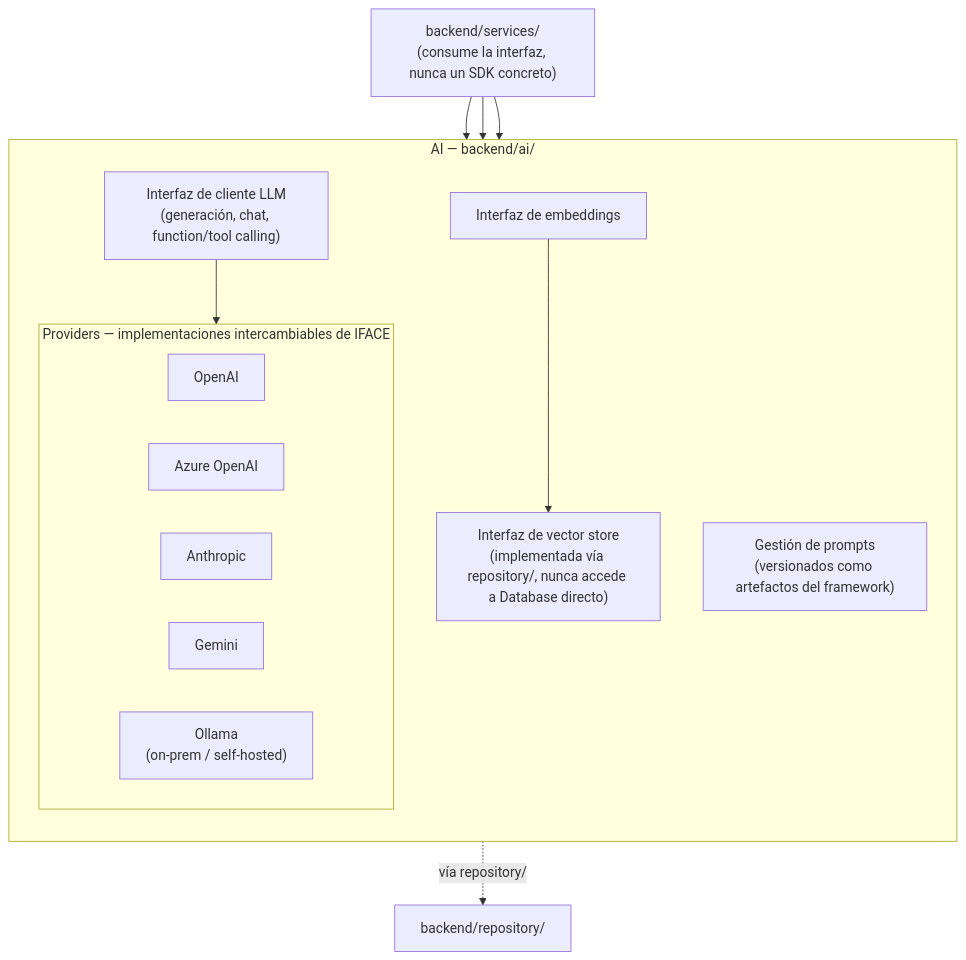
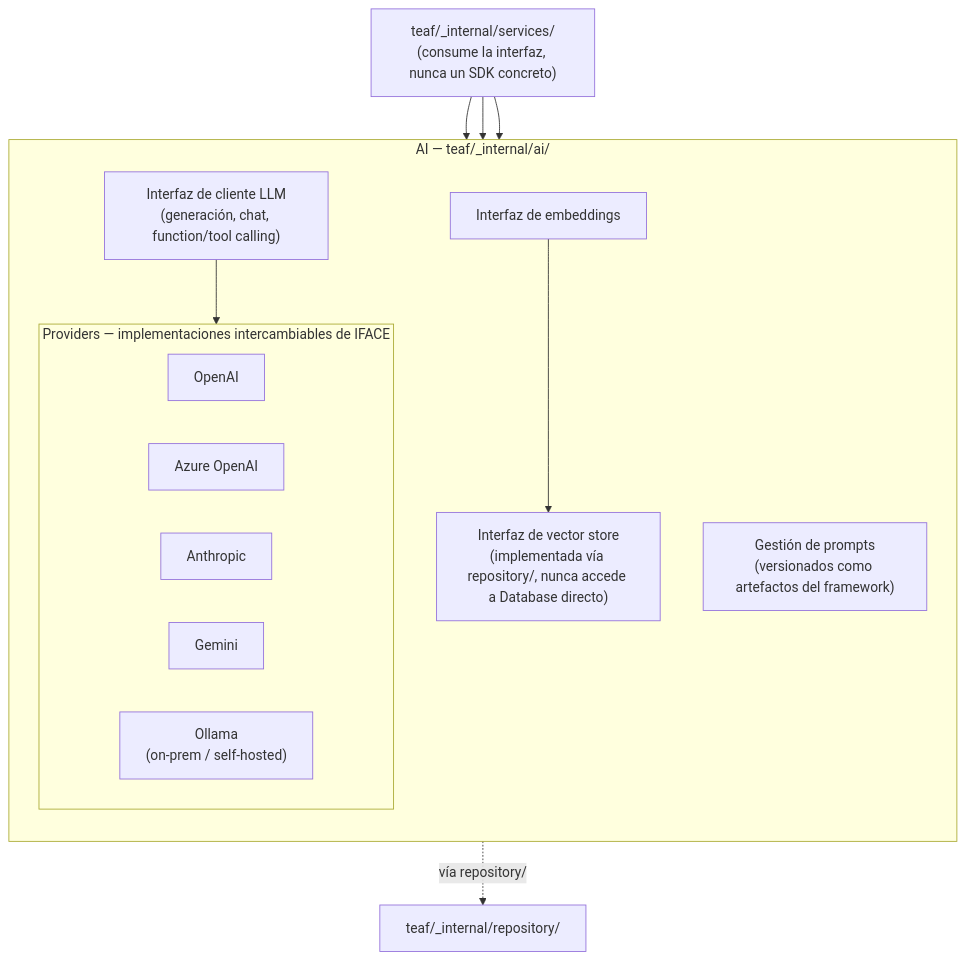
Before and after one commit to jesuscampam/torus-enterprise-framework: the diagram in docs/diagrams/ai-provider-architecture.mmd, drawn with Mermaid. The commit also changed 326 other files, not shown here.

```diff
--- a/docs/diagrams/ai-provider-architecture.mmd
+++ b/docs/diagrams/ai-provider-architecture.mmd
@@ -1,35 +1,35 @@
 %% TEAF — Arquitectura de proveedores de IA (AI Providers)
 %% Enriquece el módulo AI ya definido en MODULE-CATALOG.md sin cambiar sus
 %% dependencias (Core, Security) ni su regla de no acceder a Database.
 %% Referenciado desde FRAMEWORK-BLUEPRINT.md, sección 4.
 flowchart TB
-    SERVICES["backend/services/\n(consume la interfaz, nunca un SDK concreto)"]
+    SERVICES["teaf/_internal/services/\n(consume la interfaz, nunca un SDK concreto)"]
 
-    subgraph AI["AI — backend/ai/"]
+    subgraph AI["AI — teaf/_internal/ai/"]
         direction TB
         IFACE["Interfaz de cliente LLM\n(generación, chat, function/tool calling)"]
         EMB["Interfaz de embeddings"]
         VSTORE["Interfaz de vector store\n(implementada vía repository/, nunca accede a Database directo)"]
         PROMPTS["Gestión de prompts\n(versionados como artefactos del framework)"]
 
         subgraph PROVIDERS["Providers — implementaciones intercambiables de IFACE"]
             direction LR
             OPENAI["OpenAI"]
             AZUREOPENAI["Azure OpenAI"]
             ANTHROPIC["Anthropic"]
             GEMINI["Gemini"]
             OLLAMA["Ollama\n(on-prem / self-hosted)"]
         end
 
         IFACE --> PROVIDERS
     end
 
     SERVICES --> IFACE
     SERVICES --> EMB
     SERVICES --> PROMPTS
     EMB --> VSTORE
-    VSTORE -.->|"vía repository/"| REPO["backend/repository/"]
+    VSTORE -.->|"vía repository/"| REPO["teaf/_internal/repository/"]
 
     %% Añadir un proveedor nuevo = una nueva implementación de IFACE dentro de
     %% PROVIDERS; no requiere cambios en services/ ni en la interfaz pública
     %% (ver docs/architecture/EXTENSIBILITY.md).
```
